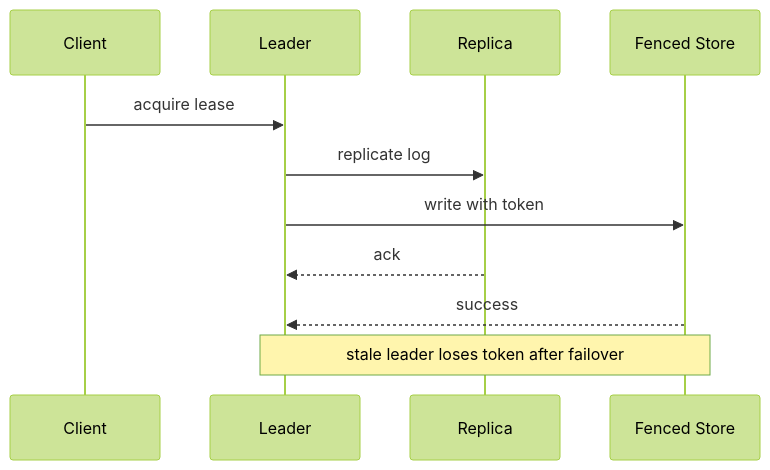
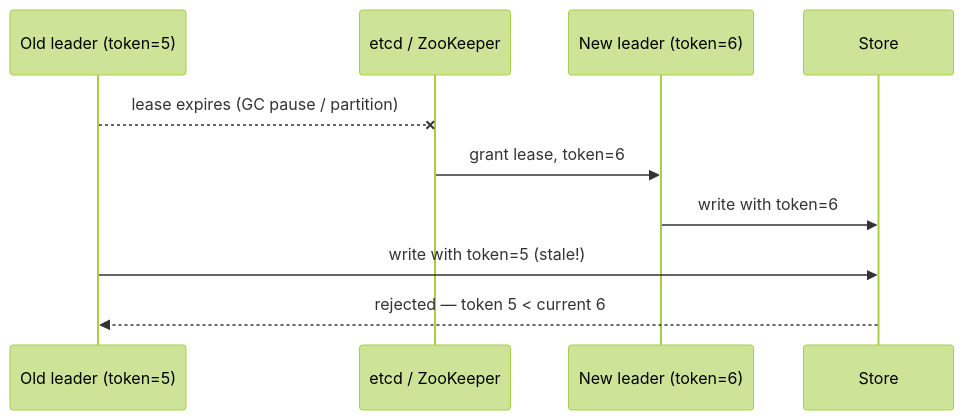
One commit to P0W/System-Design changed the second of 4 diagrams in src/ch13-distributed-patterns.md. Above: the diagram before and after it, drawn with Mermaid (forest theme). The commit also changed other lines of this file and 11 other files, not shown here.

````diff
--- a/src/ch13-distributed-patterns.md
+++ b/src/ch13-distributed-patterns.md
@@ -96,13 +95,13 @@
 ```mermaid
 sequenceDiagram
-  participant C as Client
-  participant L as Leader
-  participant R as Replica
-  participant F as Fenced Store
-  C->>L: acquire lease
-  L->>R: replicate log
-  L->>F: write with token
-  R-->>L: ack
-  F-->>L: success
-  Note over L,F: stale leader loses token after failover
+  participant L1 as Old leader (token=5)
+  participant ZK as etcd / ZooKeeper
+  participant L2 as New leader (token=6)
+  participant Store
+
+  L1--xZK: lease expires (GC pause / partition)
+  ZK->>L2: grant lease, token=6
+  L2->>Store: write with token=6
+  L1->>Store: write with token=5 (stale!)
+  Store-->>L1: rejected — token 5 < current 6
 ```
````
